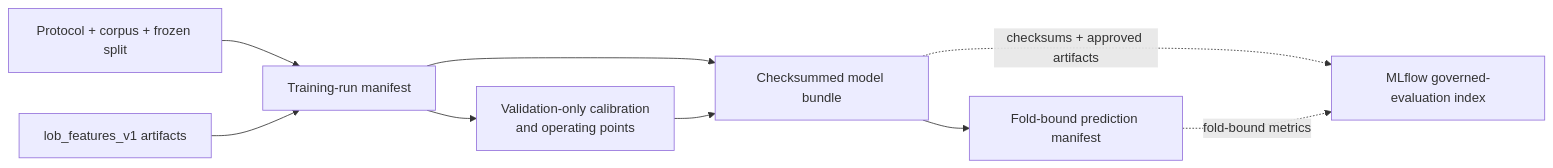
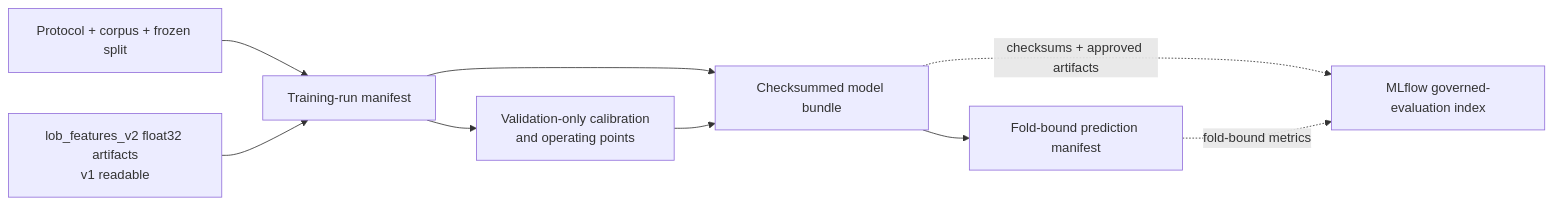
One commit to khab40/lob-arena changed the fourth of 8 diagrams in docs/architecture.md. Above: the diagram before and after it, drawn with Mermaid. The commit also changed other lines of this file and 34 other files, not shown here.

Commit message:
feat(ml): add governed float32 feature schema v2

````diff
--- a/docs/architecture.md
+++ b/docs/architecture.md
@@ -196,19 +196,19 @@
 ```mermaid
 graph LR
     Protocol["Protocol + corpus + frozen split"]
-    Features["lob_features_v1 artifacts"]
+    Features["lob_features_v2 float32 artifacts<br/>v1 readable"]
     Training["Training-run manifest"]
     Calibration["Validation-only calibration<br/>and operating points"]
     Bundle["Checksummed model bundle"]
     Predictions["Fold-bound prediction manifest"]
     MLflow["MLflow governed-evaluation index"]
 
     Protocol --> Training
     Features --> Training
     Training --> Calibration
     Training --> Bundle
     Calibration --> Bundle
     Bundle --> Predictions
     Bundle -. "checksums + approved artifacts" .-> MLflow
     Predictions -. "fold-bound metrics" .-> MLflow
 ```
````
